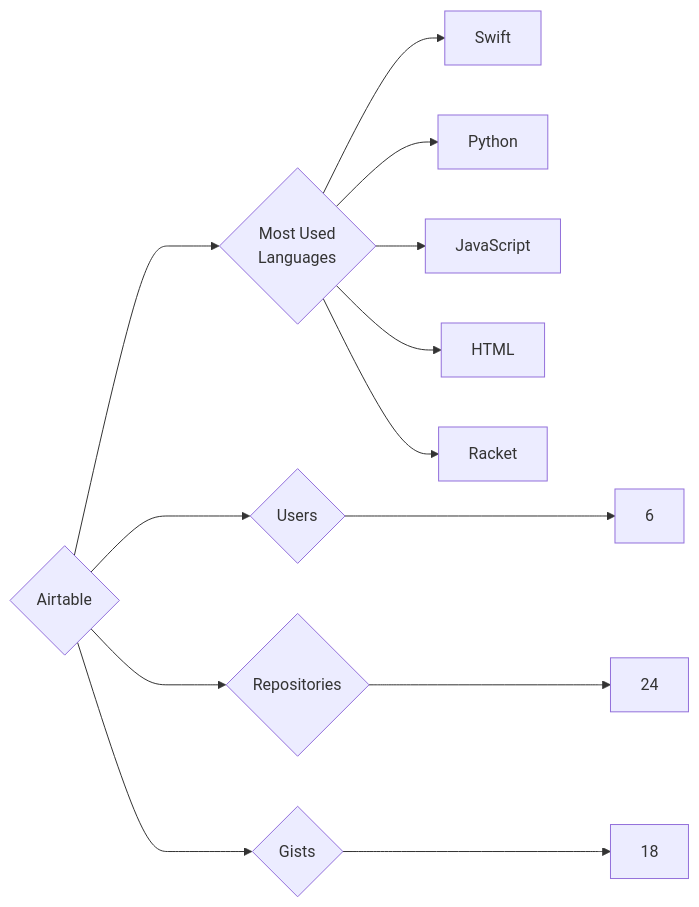
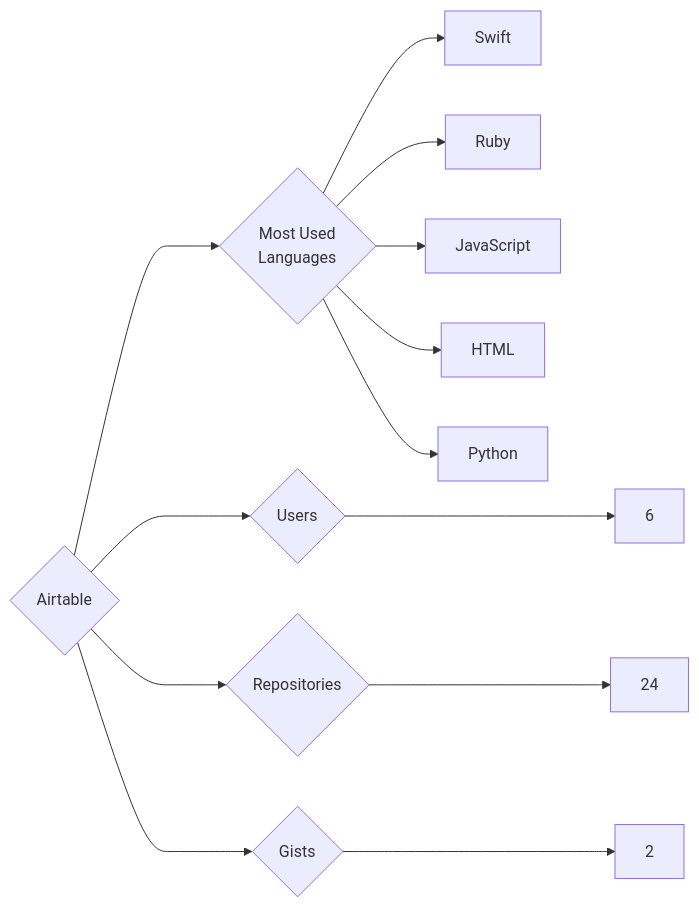
Before and after one commit to trickest/insiders: the diagram in targets/Airtable/README.md, drawn with Mermaid. The commit also changed 1175 other files, not shown here.

````diff
--- a/targets/Airtable/README.md
+++ b/targets/Airtable/README.md
@@ -3,13 +3,13 @@
 ```mermaid
 graph LR
 COMPANY_NAME{Airtable}
 COMPANY_NAME ---> U{Users} ---> UN[6]
 COMPANY_NAME ---> R{Repositories} ---> RN[24]
-COMPANY_NAME ---> G{Gists} ---> GN[18]
+COMPANY_NAME ---> G{Gists} ---> GN[2]
 COMPANY_NAME ---> ML{Most Used<br>Languages}
 ML --> Swift[Swift]
-ML --> Python[Python]
+ML --> Ruby[Ruby]
 ML --> JavaScript[JavaScript]
 ML --> HTML[HTML]
-ML --> Racket[Racket]
+ML --> Python[Python]
 ```
````
